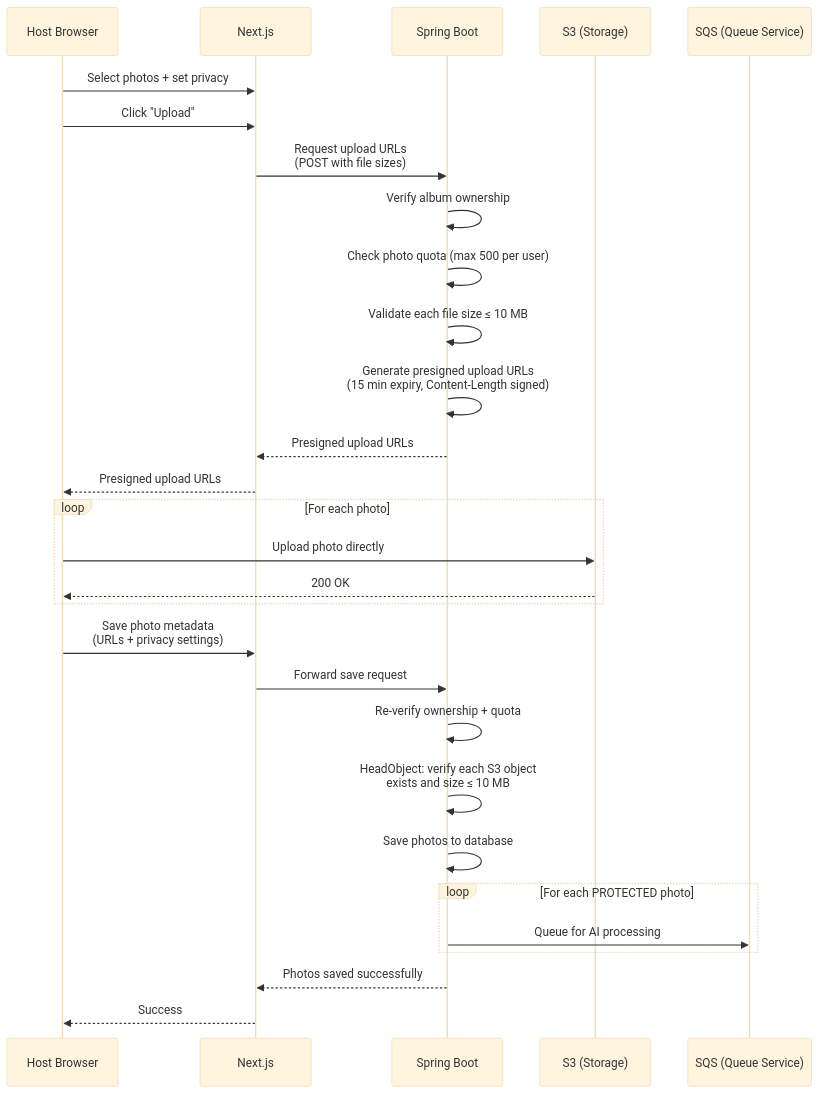
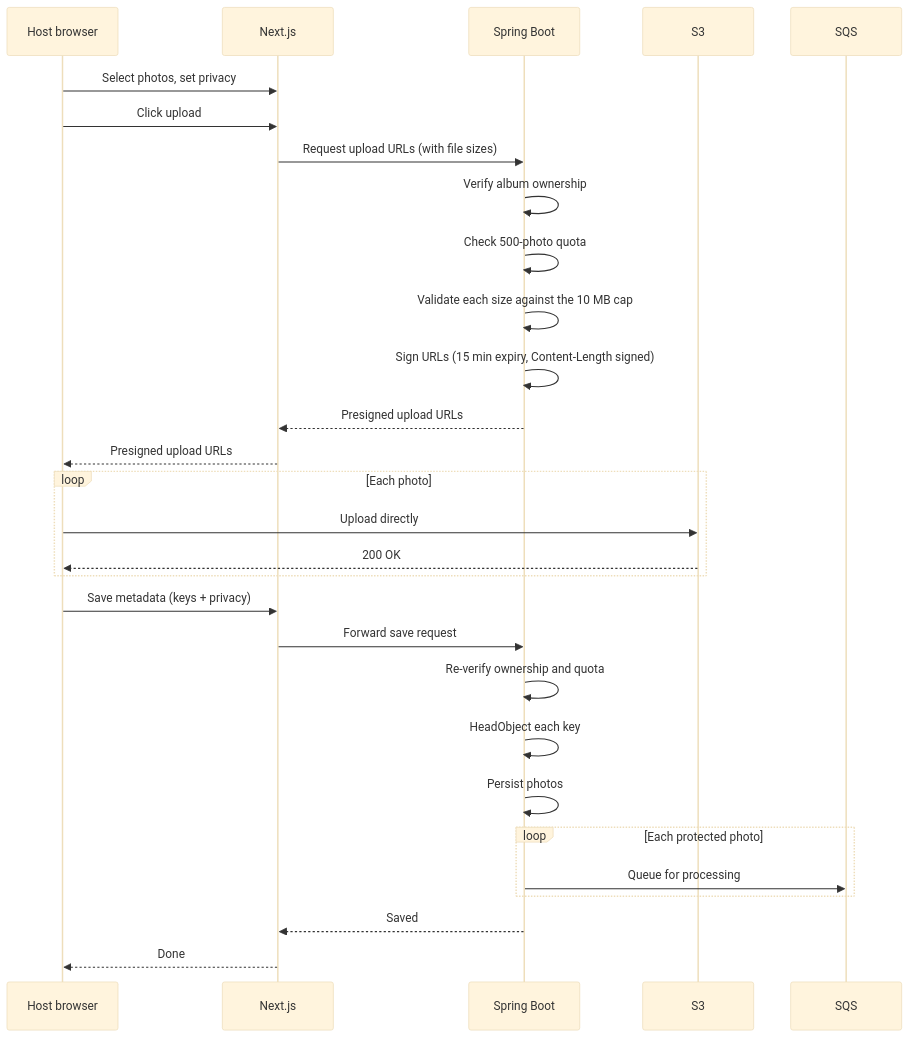
One commit to Shahir-47/grab-pic changed the seventh of 7 diagrams in README.md. Above: the diagram before and after it, drawn with Mermaid (base theme). The commit also changed other lines of this file and 12 other files, not shown here.

Commit message:
Refactor README and metadata for clarity; update descriptions and titles across the application to enhance user understanding and SEO. Improve privacy explanations and UI text for better user experience. Adjust home page messaging to emphasize ease of use and features.

````diff
--- a/README.md
+++ b/README.md
@@ -536,37 +418,37 @@
 ```mermaid
 sequenceDiagram
-    participant Host as Host Browser
+    participant Host as Host browser
     participant Next as Next.js
     participant SB as Spring Boot
-    participant S3 as S3 (Storage)
-    participant SQS as SQS (Queue Service)
+    participant S3 as S3
+    participant SQS as SQS
 
-    Host->>Next: Select photos + set privacy
-    Host->>Next: Click "Upload"
+    Host->>Next: Select photos, set privacy
+    Host->>Next: Click upload
 
-    Next->>SB: Request upload URLs<br>(POST with file sizes)
+    Next->>SB: Request upload URLs (with file sizes)
     SB->>SB: Verify album ownership
-    SB->>SB: Check photo quota (max 500 per user)
-    SB->>SB: Validate each file size ≤ 10 MB
-    SB->>SB: Generate presigned upload URLs<br>(15 min expiry, Content-Length signed)
+    SB->>SB: Check 500-photo quota
+    SB->>SB: Validate each size against the 10 MB cap
+    SB->>SB: Sign URLs (15 min expiry, Content-Length signed)
     SB-->>Next: Presigned upload URLs
     Next-->>Host: Presigned upload URLs
 
-    loop For each photo
-        Host->>S3: Upload photo directly
+    loop Each photo
+        Host->>S3: Upload directly
         S3-->>Host: 200 OK
     end
 
-    Host->>Next: Save photo metadata<br>(URLs + privacy settings)
+    Host->>Next: Save metadata (keys + privacy)
     Next->>SB: Forward save request
-    SB->>SB: Re-verify ownership + quota
-    SB->>SB: HeadObject: verify each S3 object<br>exists and size ≤ 10 MB
-    SB->>SB: Save photos to database
+    SB->>SB: Re-verify ownership and quota
+    SB->>SB: HeadObject each key
+    SB->>SB: Persist photos
 
-    loop For each PROTECTED photo
-        SB->>SQS: Queue for AI processing
+    loop Each protected photo
+        SB->>SQS: Queue for processing
     end
 
-    SB-->>Next: Photos saved successfully
-    Next-->>Host: Success
+    SB-->>Next: Saved
+    Next-->>Host: Done
 ```
````
